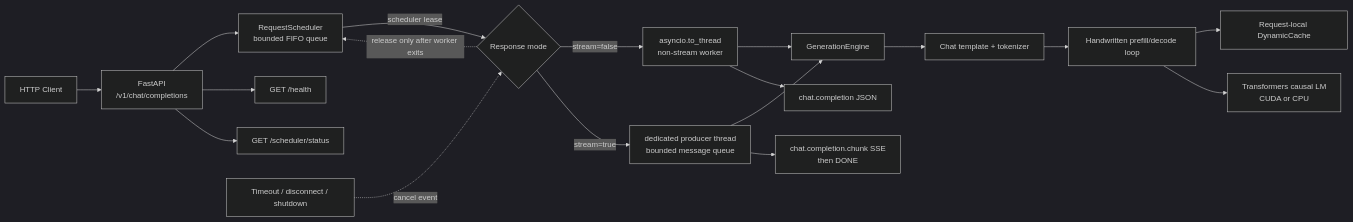
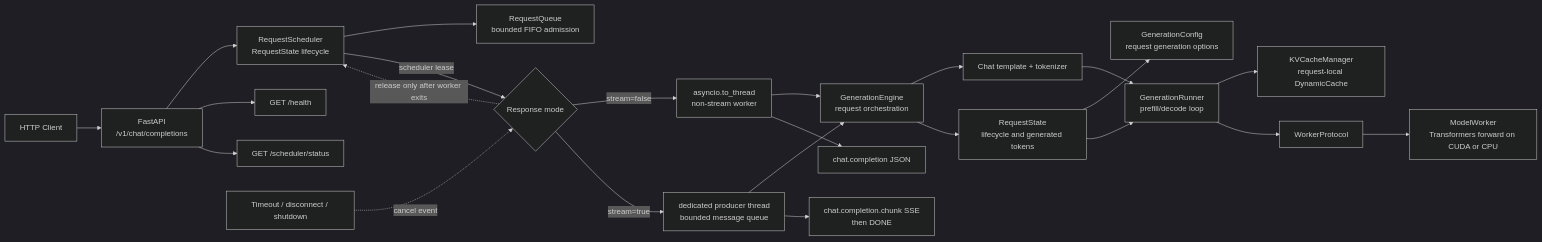
Before and after one commit to xbowen125-commits/MiniLLM-Serve: the diagram in README.md, drawn with Mermaid (dark theme). The commit also changed other lines of this file and 30 other files, not shown here.

Commit message:
feat: implement multi request decode coordinator runtime

````diff
--- a/README.md
+++ b/README.md
@@ -28,24 +28,29 @@
 ```mermaid
 flowchart LR
     C[HTTP Client] --> API[FastAPI<br/>/v1/chat/completions]
-    API --> S[RequestScheduler<br/>bounded FIFO queue]
+    API --> S[RequestScheduler<br/>RequestState lifecycle]
+    S --> Q[RequestQueue<br/>bounded FIFO admission]
     S -->|scheduler lease| W{Response mode}
 
     W -->|stream=false| NW[asyncio.to_thread<br/>non-stream worker]
     W -->|stream=true| SW[dedicated producer thread<br/>bounded message queue]
 
-    NW --> E[GenerationEngine]
+    NW --> E[GenerationEngine<br/>request orchestration]
     SW --> E
     E --> P[Chat template + tokenizer]
-    P --> G[Handwritten prefill/decode loop]
-    G --> KV[Request-local DynamicCache]
-    G --> M[Transformers causal LM<br/>CUDA or CPU]
+    E --> RS[RequestState<br/>lifecycle and generated tokens]
+    RS --> GC[GenerationConfig<br/>request generation options]
+    P --> G[GenerationRunner<br/>prefill/decode loop]
+    RS --> G
+    G --> KV[KVCacheManager<br/>request-local DynamicCache]
+    G --> WP[WorkerProtocol]
+    WP --> M[ModelWorker<br/>Transformers forward on CUDA or CPU]
 
     NW --> JSON[chat.completion JSON]
     SW --> SSE[chat.completion.chunk SSE<br/>then DONE]
 
     API --> H["GET /health"]
     API --> O["GET /scheduler/status"]
     X[Timeout / disconnect / shutdown] -. cancel event .-> W
     W -. release only after worker exits .-> S
 ```
````
